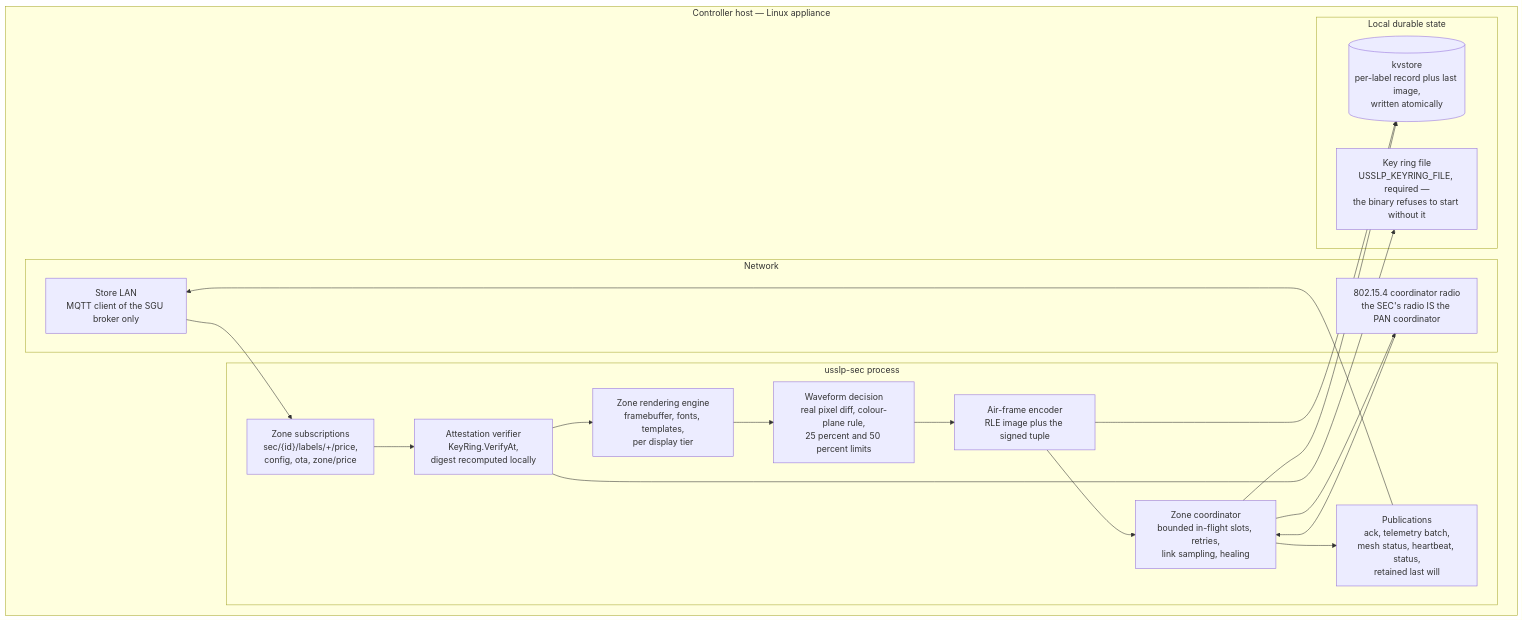
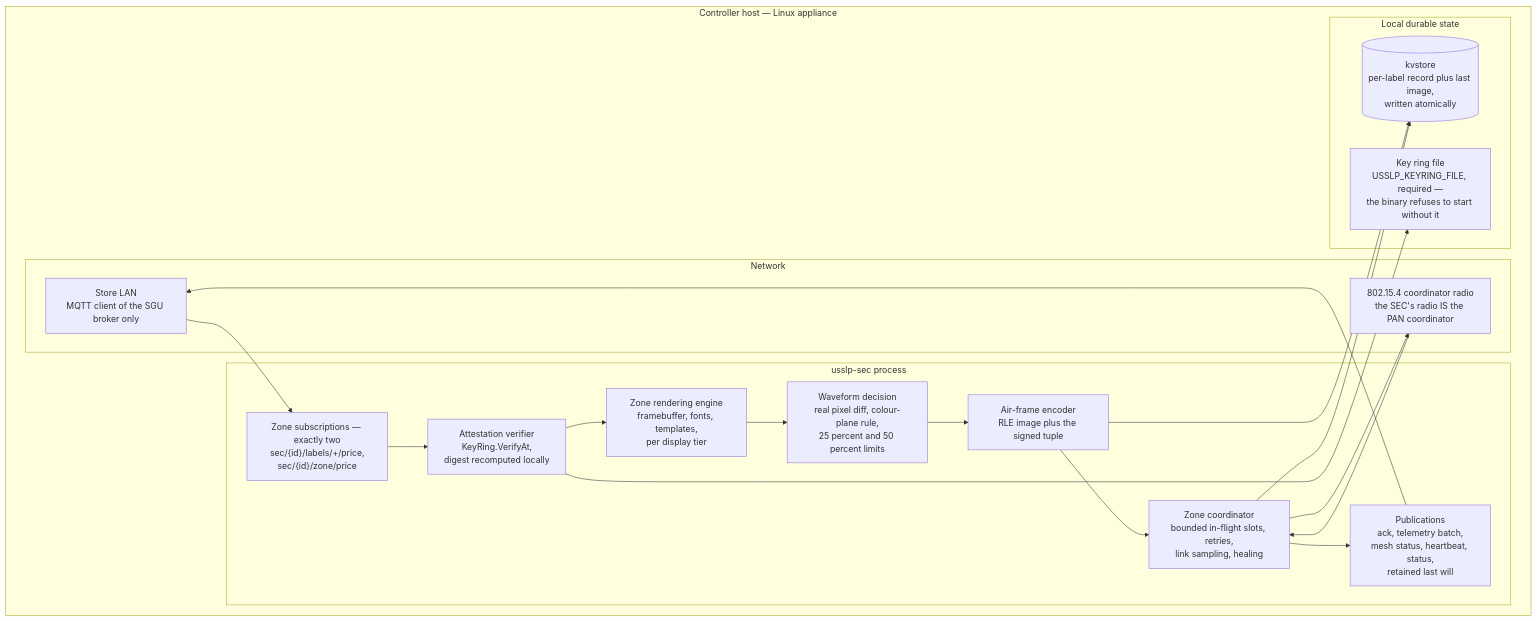
The seventh of 8 diagrams in docs/architecture/04-block-diagrams.md (udaykishore-resu/usslp-platform), drawn with Mermaid before and after one commit. The commit also changed other lines of this file and 16 other files, not shown here.

First line of the commit message:
docs: add a diagram index, and audit every diagram against the code

````diff
--- a/docs/architecture/04-block-diagrams.md
+++ b/docs/architecture/04-block-diagrams.md
@@ -269,31 +276,31 @@
 ```mermaid
 flowchart TB
     subgraph host["Controller host — Linux appliance"]
         subgraph net_c["Network"]
             lan["Store LAN<br/>MQTT client of the SGU broker only"]
             radiohw["802.15.4 coordinator radio<br/>the SEC's radio IS the PAN coordinator"]
         end
 
         subgraph proc_c["usslp-sec process"]
-            sub_c["Zone subscriptions<br/>sec/{id}/labels/+/price,<br/>config, ota, zone/price"]
+            sub_c["Zone subscriptions — exactly two<br/>sec/{id}/labels/+/price,<br/>sec/{id}/zone/price"]
             verify_c["Attestation verifier<br/>KeyRing.VerifyAt,<br/>digest recomputed locally"]
             render_c["Zone rendering engine<br/>framebuffer, fonts, templates,<br/>per display tier"]
             diff_c["Waveform decision<br/>real pixel diff, colour-plane rule,<br/>25 percent and 50 percent limits"]
             frame_c["Air-frame encoder<br/>RLE image plus the signed tuple"]
             coord_c["Zone coordinator<br/>bounded in-flight slots, retries,<br/>link sampling, healing"]
             pubs_c["Publications<br/>ack, telemetry batch,<br/>mesh status, heartbeat, status,<br/>retained last will"]
         end
 
         subgraph store_c["Local durable state"]
             kv_c[("kvstore<br/>per-label record plus last image,<br/>written atomically")]
             ring_c["Key ring file<br/>USSLP_KEYRING_FILE, required —<br/>the binary refuses to start without it"]
         end
     end
 
     lan --> sub_c --> verify_c --> render_c --> diff_c --> frame_c --> coord_c --> radiohw
     verify_c --> ring_c
     frame_c --> kv_c
     coord_c --> kv_c
     coord_c --> pubs_c --> lan
     radiohw --> coord_c
 ```
````
